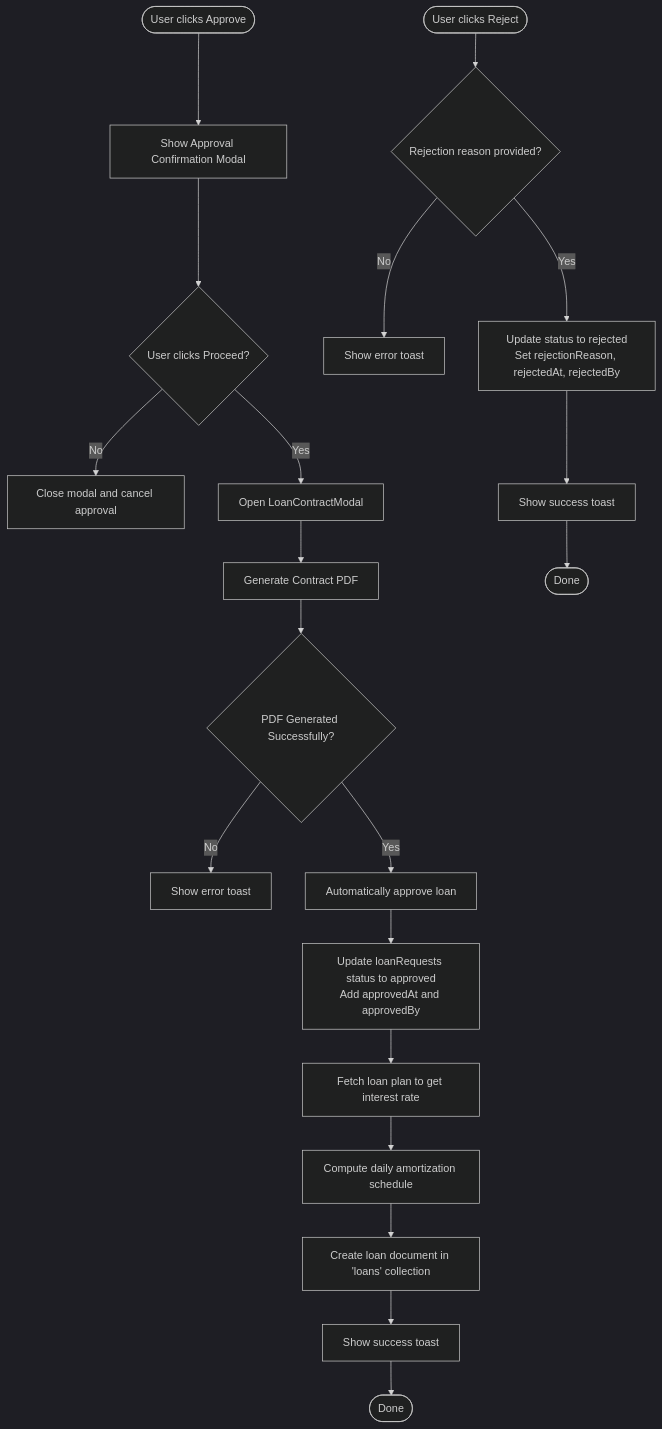
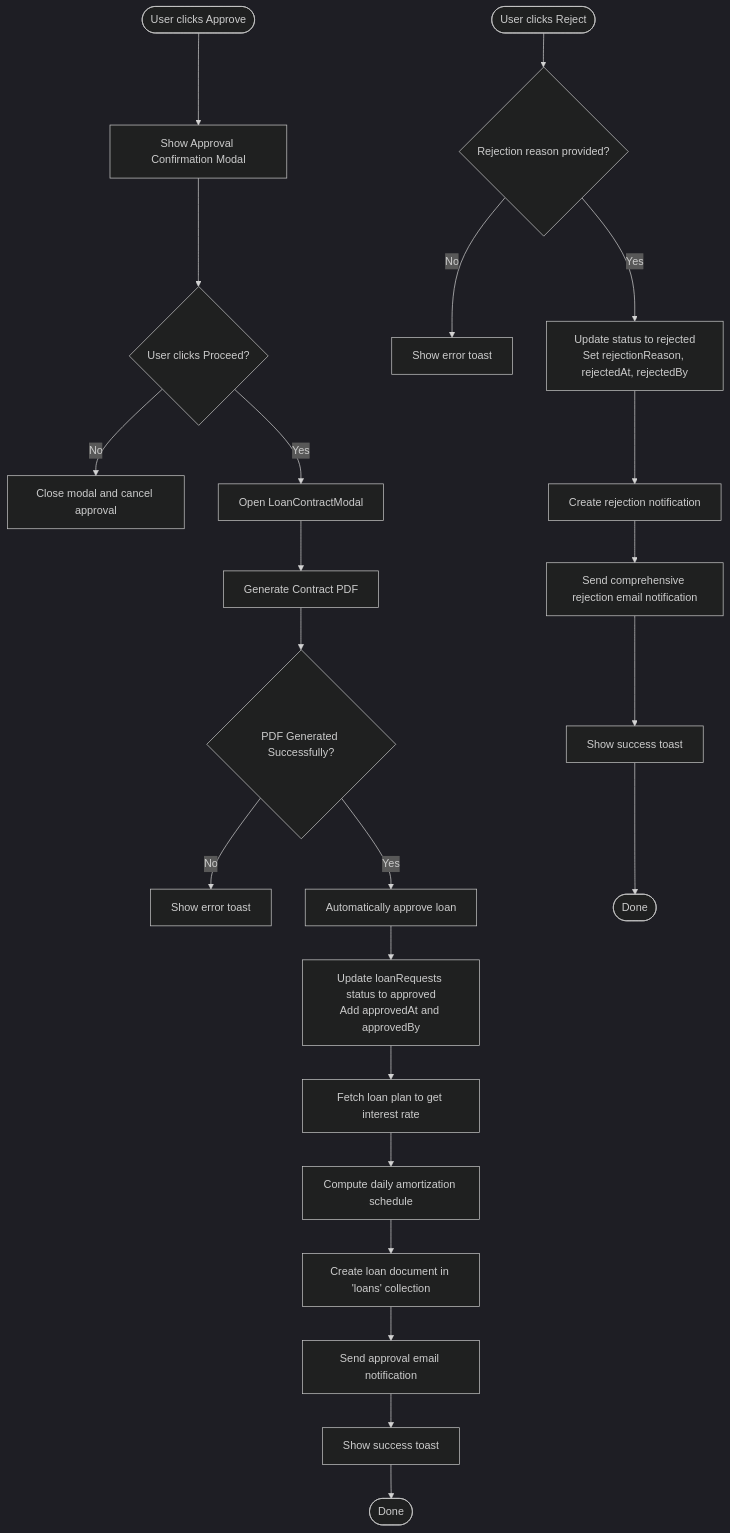
The third of 4 diagrams in .qoder/repowiki/en/content/Loan Management System/Loan Approval Process.md (Unsure-bry/sampacoop_system), drawn with Mermaid (dark theme) before and after one commit. The commit also changed other lines of this file and 12 other files, not shown here.

````diff
--- a/.qoder/repowiki/en/content/Loan Management System/Loan Approval Process.md
+++ b/.qoder/repowiki/en/content/Loan Management System/Loan Approval Process.md
@@ -179,22 +192,25 @@
 ```mermaid
 flowchart TD
 Start(["User clicks Approve"]) --> Confirm["Show Approval Confirmation Modal"]
 Confirm --> Proceed{"User clicks Proceed?"}
 Proceed --> |No| Cancel["Close modal and cancel approval"]
 Proceed --> |Yes| OpenContract["Open LoanContractModal"]
 OpenContract --> GeneratePDF["Generate Contract PDF"]
 GeneratePDF --> Success{"PDF Generated Successfully?"}
 Success --> |No| ErrorToast["Show error toast"]
 Success --> |Yes| AutoApprove["Automatically approve loan"]
 AutoApprove --> UpdateStatus["Update loanRequests status to approved<br/>Add approvedAt and approvedBy"]
 UpdateStatus --> FetchPlan["Fetch loan plan to get interest rate"]
 FetchPlan --> ComputeSchedule["Compute daily amortization schedule"]
 ComputeSchedule --> CreateLoan["Create loan document in 'loans' collection"]
-CreateLoan --> Notify["Show success toast"]
+CreateLoan --> SendEmail["Send approval email notification"]
+SendEmail --> Notify["Show success toast"]
 Notify --> End(["Done"])
 Start2(["User clicks Reject"]) --> ValidateReason{"Rejection reason provided?"}
 ValidateReason --> |No| ErrorToast2["Show error toast"]
 ValidateReason --> |Yes| UpdateReject["Update status to rejected<br/>Set rejectionReason, rejectedAt, rejectedBy"]
-UpdateReject --> Notify2["Show success toast"]
+UpdateReject --> CreateNotification["Create rejection notification"]
+CreateNotification --> SendRejectionEmail["Send comprehensive rejection email notification"]
+SendRejectionEmail --> Notify2["Show success toast"]
 Notify2 --> End2(["Done"])
 ```
````
